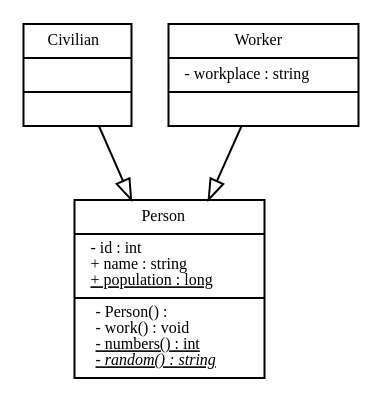
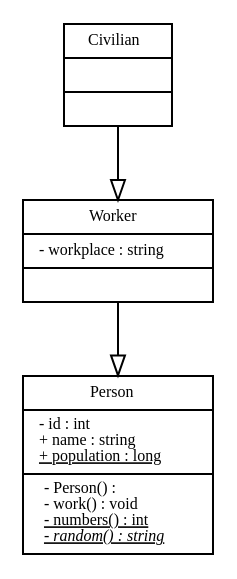
The diagram in cmake-build-debug/class_diagram.dot (anonymvs/UmlDrawer), drawn with Graphviz before and after one commit. The commit also changed 42 other files, not shown here.

```diff
--- a/cmake-build-debug/class_diagram.dot
+++ b/cmake-build-debug/class_diagram.dot
@@ -1,36 +1,40 @@
 digraph G {
 	fontname = "Bitstream Vera Sans"
 	fontsize = 8
 
 
  	node [
 		fontname = "Bitstream Vera Sans"
 		fontsize = 8
 		shape = "record"
 	]
 
 	edge [
 		fontname = "Bitstream Vera Sans"
 		fontsize = 8
 	]
 
 	Civilian [
 		label = <{Civilian||}>
 	]
 
 	Person [
 		label = <{Person|- id : int<BR ALIGN="LEFT"/>+ name : string<BR ALIGN="LEFT"/><U>+ population : long</U><BR ALIGN="LEFT"/>|- Person() : <BR ALIGN="LEFT"/>- work() : void<BR ALIGN="LEFT"/><U>- numbers() : int</U><BR ALIGN="LEFT"/><I><U>- random() : string</U></I><BR ALIGN="LEFT"/>}>
 	]
 
 	Worker [
 		label = <{Worker|- workplace : string<BR ALIGN="LEFT"/>|}>
 	]
 
 	edge [
 		 arrowhead = "empty"
 	]
+	Worker -> Person
 
-	Worker -> Person
-	Civilian -> Person
+	edge [
+		 arrowhead = "empty"
+	]
+	Civilian -> Worker
+
 
 }
```
